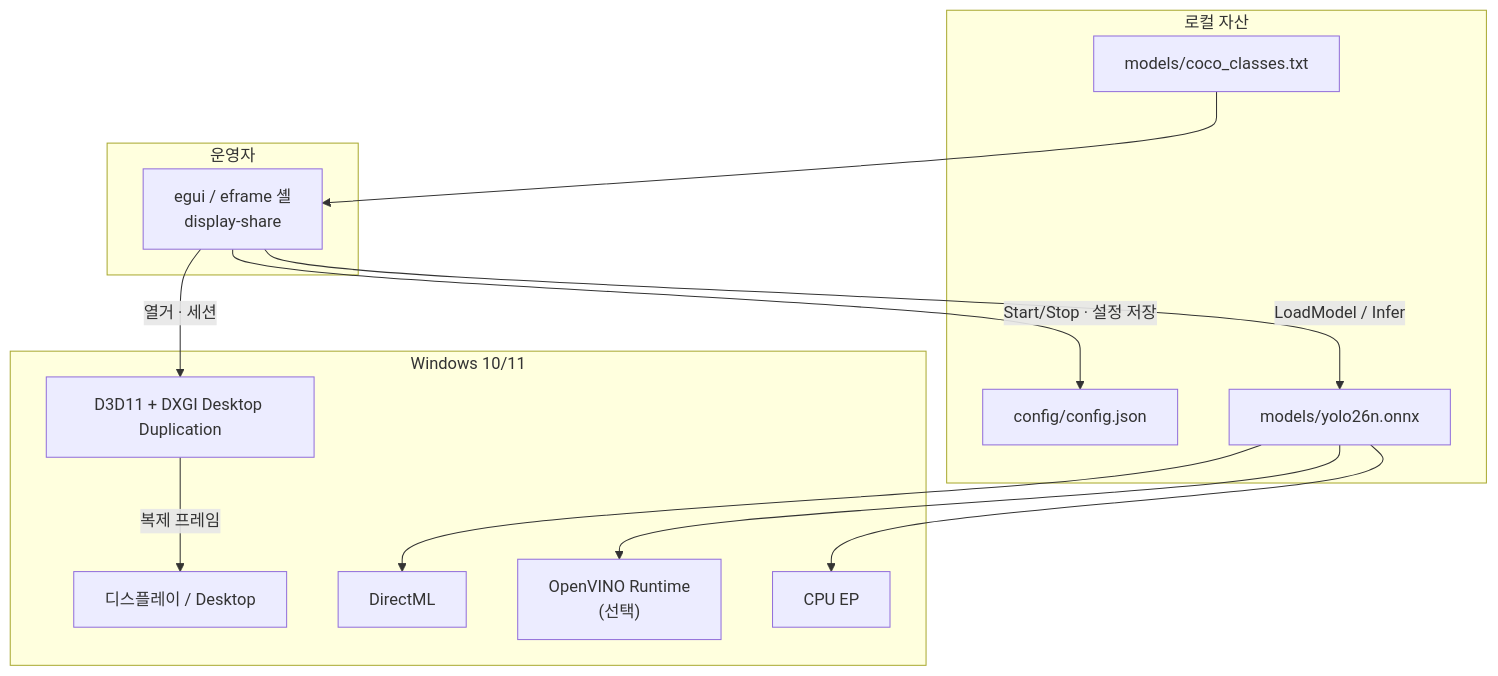
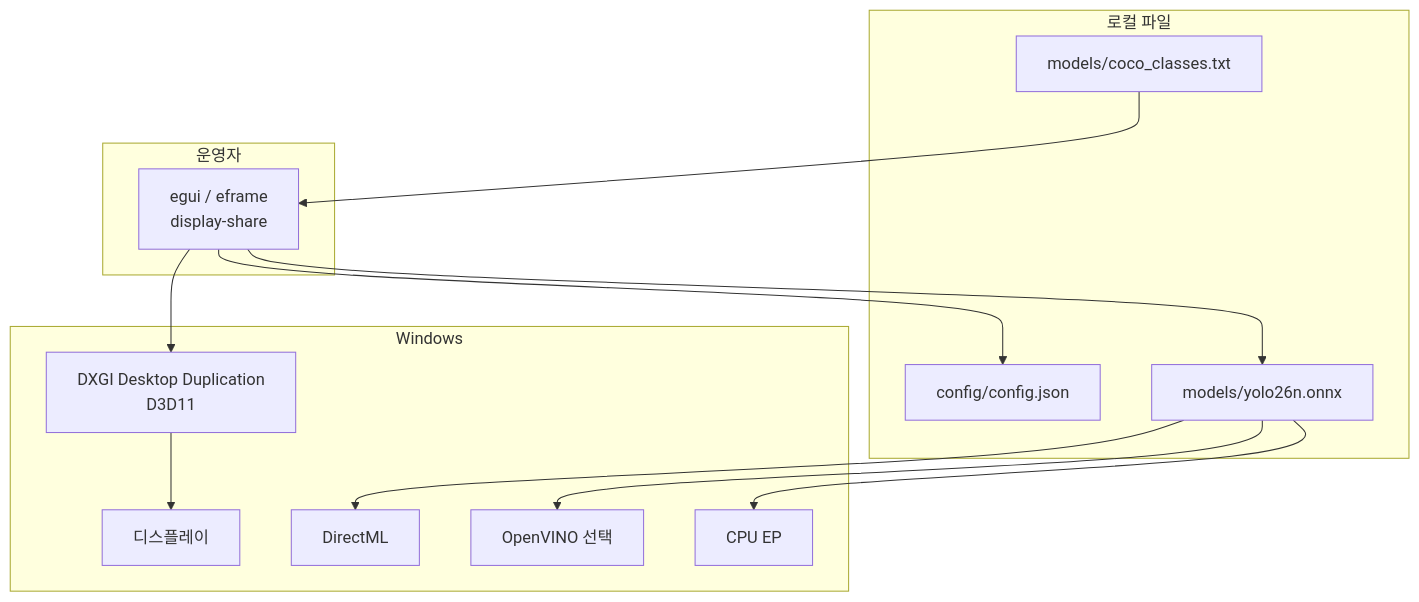
One commit to NAMUORI00/display-share changed the first of 8 diagrams in pages/arch.md. Above: the diagram before and after it, drawn with Mermaid. The commit also changed other lines of this file and 25 other files, not shown here.

First line of the commit message:
docs(wiki): complete pages for current privacy/DXGI architecture

````diff
--- a/pages/arch.md
+++ b/pages/arch.md
@@ -18,29 +24,26 @@
 ```mermaid
 flowchart TB
-  subgraph Operator["운영자"]
-    UI["egui / eframe 셸<br/>display-share"]
+  subgraph Op[운영자]
+    UI[egui / eframe<br/>display-share]
   end
-
-  subgraph Host["Windows 10/11"]
-    DISP["디스플레이 / Desktop"]
-    D3D["D3D11 + DXGI Desktop Duplication"]
-    DML["DirectML"]
-    OV["OpenVINO Runtime<br/>(선택)"]
-    CPU["CPU EP"]
+  subgraph Win[Windows]
+    DISP[디스플레이]
+    DXGI[DXGI Desktop Duplication<br/>D3D11]
+    DML[DirectML]
+    OV[OpenVINO 선택]
+    CPU[CPU EP]
   end
-
-  subgraph Assets["로컬 자산"]
-    CFG["config/config.json"]
-    ONNX["models/yolo26n.onnx"]
-    CLS["models/coco_classes.txt"]
+  subgraph Files[로컬 파일]
+    CFG[config/config.json]
+    ONNX[models/yolo26n.onnx]
+    CLS[models/coco_classes.txt]
   end
-
-  UI -->|Start/Stop · 설정 저장| CFG
-  UI -->|열거 · 세션| D3D
-  D3D -->|복제 프레임| DISP
-  UI -->|LoadModel / Infer| ONNX
+  UI --> CFG
+  UI --> DXGI
+  DXGI --> DISP
+  UI --> ONNX
   ONNX --> DML
   ONNX --> OV
   ONNX --> CPU
   CLS --> UI
 ```
````
